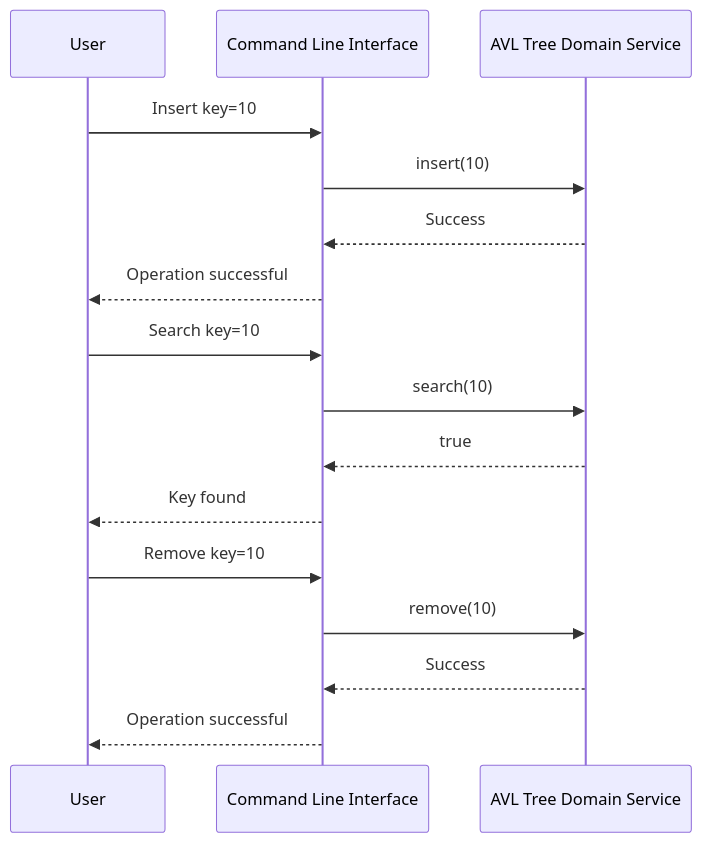
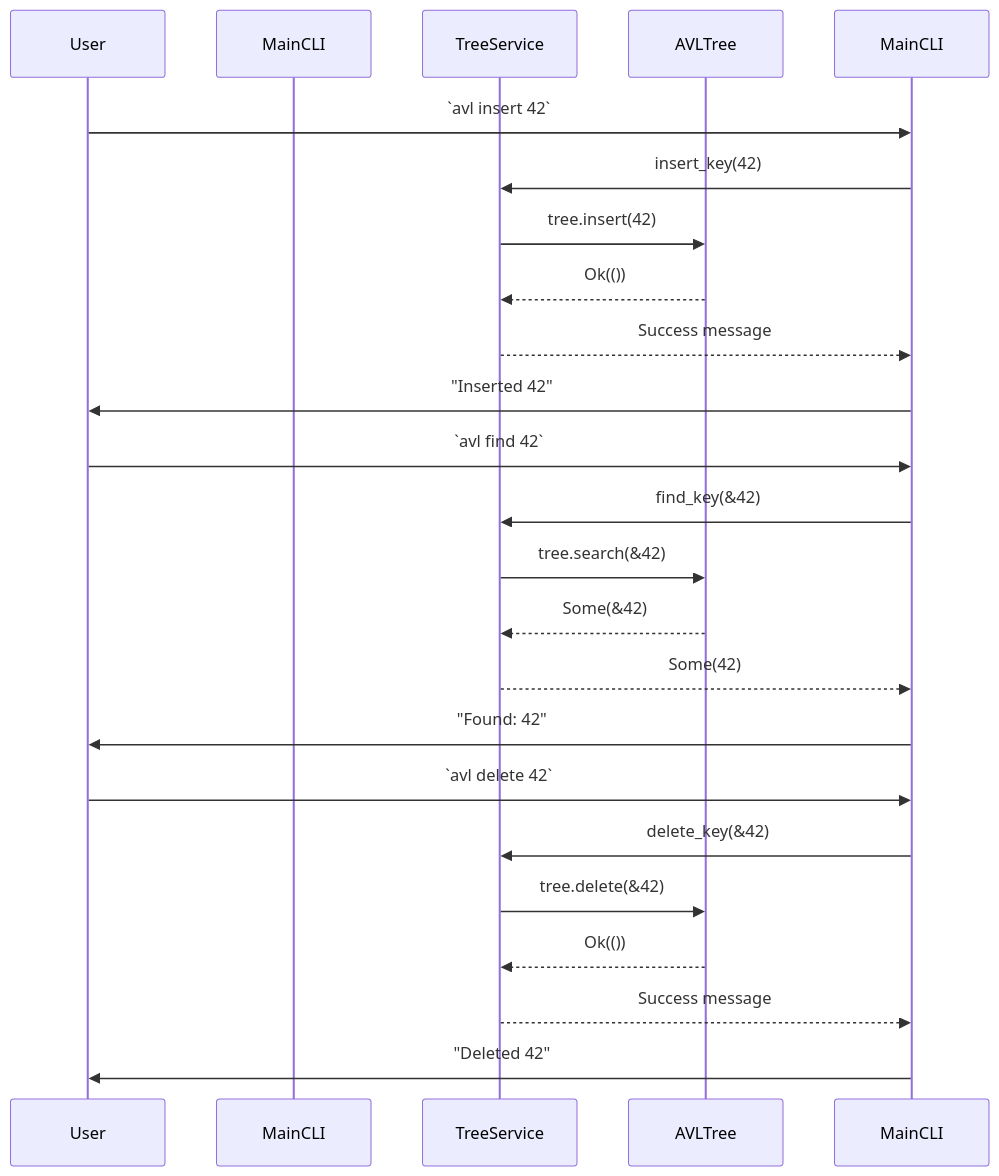
One commit to jahnaviyakkala/EvoForge changed the diagram in reports/avl/Design.md. Above: the diagram before and after it, drawn with Mermaid. The commit also changed other lines of this file and 18 other files, not shown here.

````diff
--- a/reports/avl/Design.md
+++ b/reports/avl/Design.md
@@ -202,21 +158,28 @@
 ```mermaid
 sequenceDiagram
     participant User
-    participant CLI as Command Line Interface
-    participant AVLTree as AVL Tree Domain Service
+    participant CLI as MainCLI
+    participant Service as TreeService
+    participant Domain as AVLTree
 
-    User->>CLI: Insert key=10
-    CLI->>AVLTree: insert(10)
-    AVLTree-->>CLI: Success
-    CLI-->>User: Operation successful
+    User->>MainCLI: `avl insert 42`
+    MainCLI->>Service: insert_key(42)
+    Service->>Domain: tree.insert(42)
+    Domain-->>Service: Ok(())
+    Service-->>MainCLI: Success message
+    MainCLI->>User: "Inserted 42"
 
-    User->>CLI: Search key=10
-    CLI->>AVLTree: search(10)
-    AVLTree-->>CLI: true
-    CLI-->>User: Key found
+    User->>MainCLI: `avl find 42`
+    MainCLI->>Service: find_key(&42)
+    Service->>Domain: tree.search(&42)
+    Domain-->>Service: Some(&42)
+    Service-->>MainCLI: Some(42)
+    MainCLI->>User: "Found: 42"
 
-    User->>CLI: Remove key=10
-    CLI->>AVLTree: remove(10)
-    AVLTree-->>CLI: Success
-    CLI-->>User: Operation successful
+    User->>MainCLI: `avl delete 42`
+    MainCLI->>Service: delete_key(&42)
+    Service->>Domain: tree.delete(&42)
+    Domain-->>Service: Ok(())
+    Service-->>MainCLI: Success message
+    MainCLI->>User: "Deleted 42"
 ```
````
